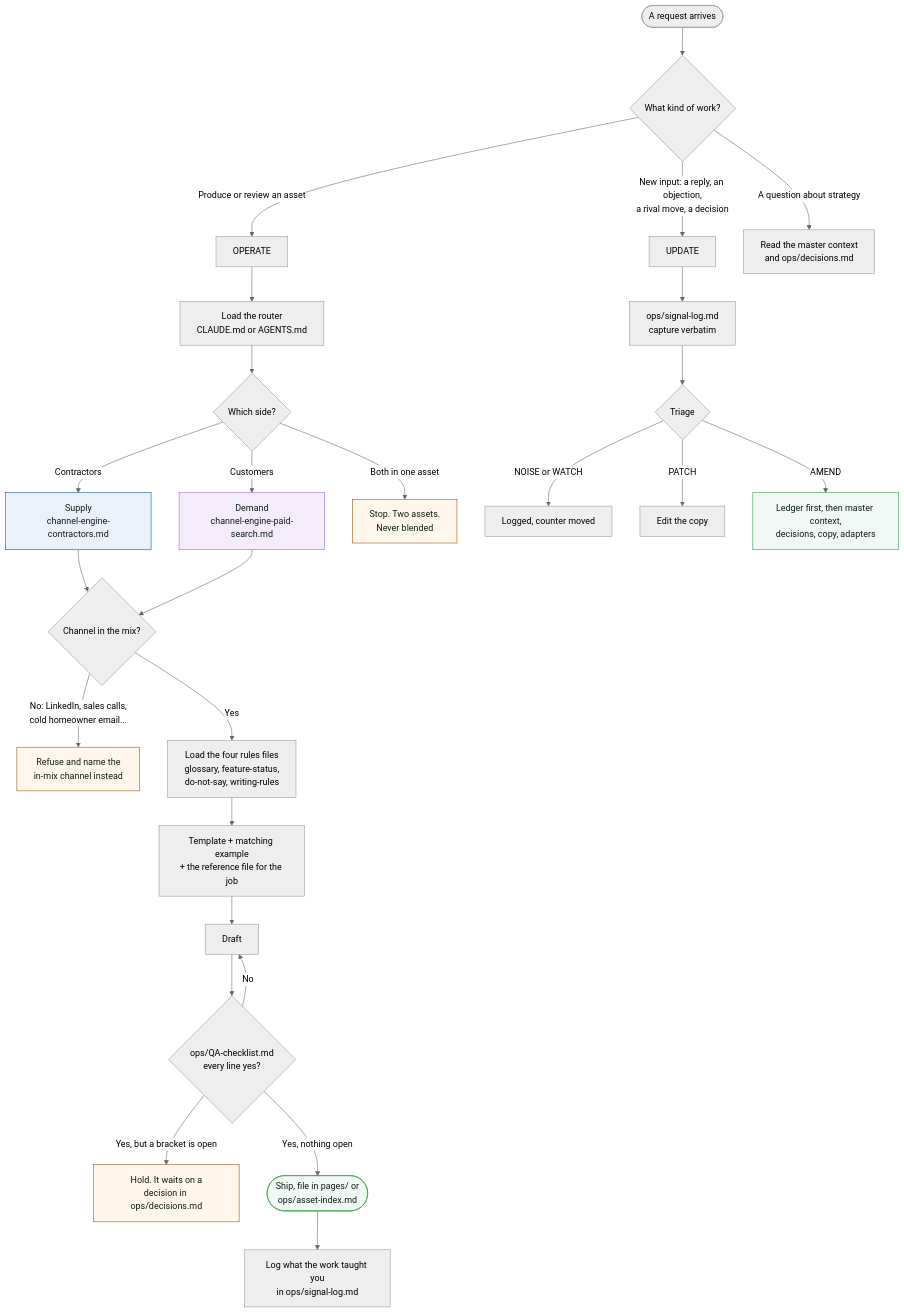
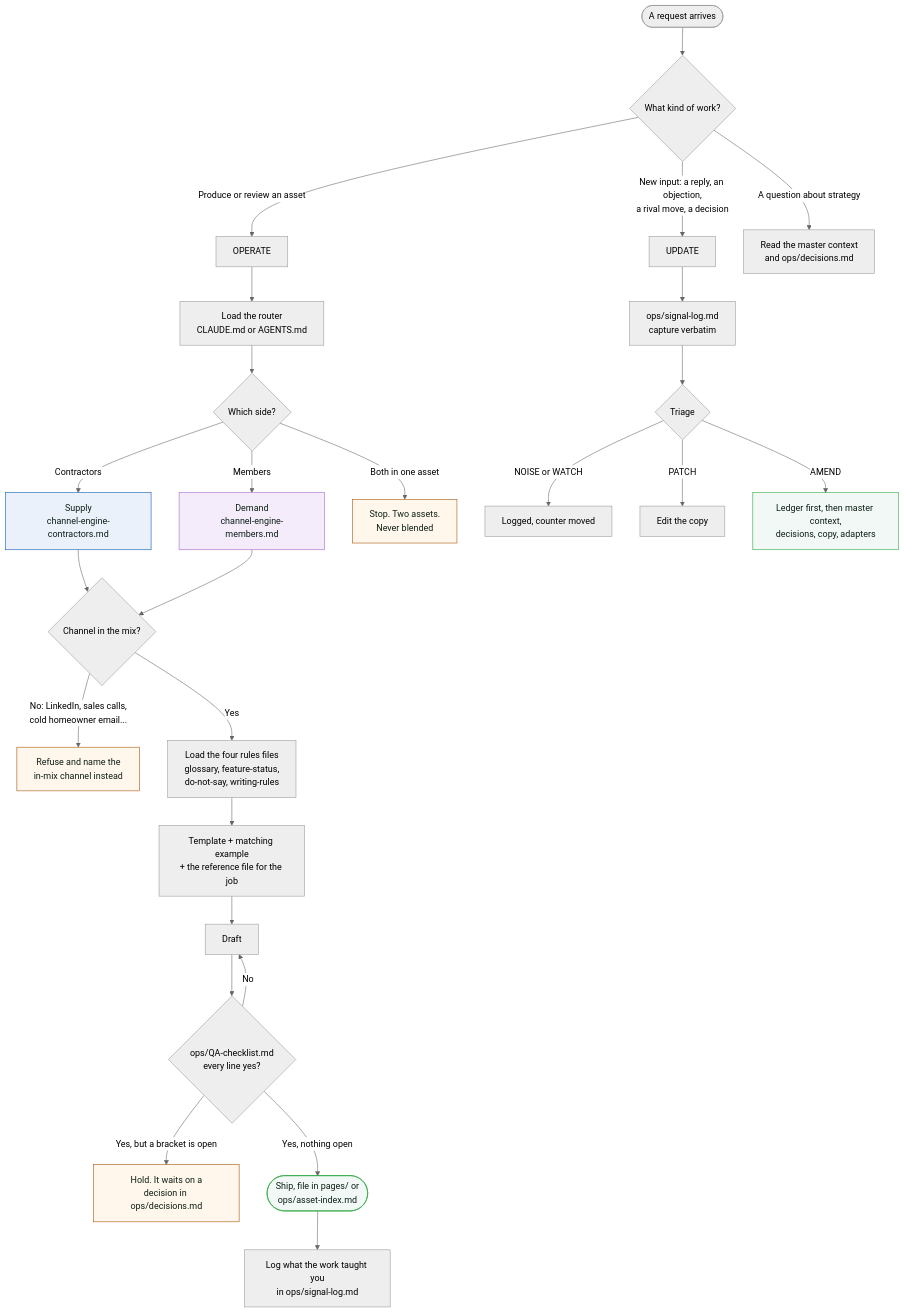
The first of 9 diagrams in README.md (Saasrelaunchdev/SOSSMSGTMBrain), drawn with Mermaid (neutral theme) before and after one commit. The commit also changed other lines of this file and 109 other files, not shown here.

````diff
--- a/README.md
+++ b/README.md
@@ -76,39 +76,39 @@
 ```mermaid
 flowchart TD
     A(["A request arrives"]) --> M{"What kind of work?"}
     M -->|"Produce or review an asset"| O["OPERATE"]
     M -->|"New input: a reply, an objection,<br/>a rival move, a decision"| U["UPDATE"]
     M -->|"A question about strategy"| Q["Read the master context<br/>and ops/decisions.md"]
 
     O --> R["Load the router<br/>CLAUDE.md or AGENTS.md"]
     R --> S{"Which side?"}
     S -->|"Contractors"| SC["Supply<br/>channel-engine-contractors.md"]
-    S -->|"Customers"| SD["Demand<br/>channel-engine-paid-search.md"]
+    S -->|"Members"| SD["Demand<br/>channel-engine-members.md"]
     S -->|"Both in one asset"| X["Stop. Two assets.<br/>Never blended"]
     SC --> CH{"Channel in the mix?"}
     SD --> CH
     CH -->|"No: LinkedIn, sales calls,<br/>cold homeowner email..."| REF["Refuse and name the<br/>in-mix channel instead"]
     CH -->|"Yes"| L["Load the four rules files<br/>glossary, feature-status,<br/>do-not-say, writing-rules"]
     L --> T["Template + matching example<br/>+ the reference file for the job"]
     T --> D["Draft"]
     D --> QA{"ops/QA-checklist.md<br/>every line yes?"}
     QA -->|"No"| D
     QA -->|"Yes, but a bracket is open"| H["Hold. It waits on a<br/>decision in ops/decisions.md"]
     QA -->|"Yes, nothing open"| SH(["Ship, file in pages/ or<br/>ops/asset-index.md"])
     SH --> LOG["Log what the work taught you<br/>in ops/signal-log.md"]
 
     U --> SIG["ops/signal-log.md<br/>capture verbatim"]
     SIG --> TR{"Triage"}
     TR -->|"NOISE or WATCH"| W["Logged, counter moved"]
     TR -->|"PATCH"| P["Edit the copy"]
     TR -->|"AMEND"| AM["Ledger first, then master context,<br/>decisions, copy, adapters"]
 
     classDef stop fill:#FFF6EC,stroke:#A05000,color:#0D1F16
     classDef go fill:#F2F8F5,stroke:#28A43A,color:#0D1F16
     classDef supply fill:#EAF1FA,stroke:#0057B1,color:#0D1F16
     classDef demand fill:#F4ECFA,stroke:#A366CD,color:#0D1F16
     class X,REF,H stop
     class SH,AM go
     class SC supply
     class SD demand
 ```
````
